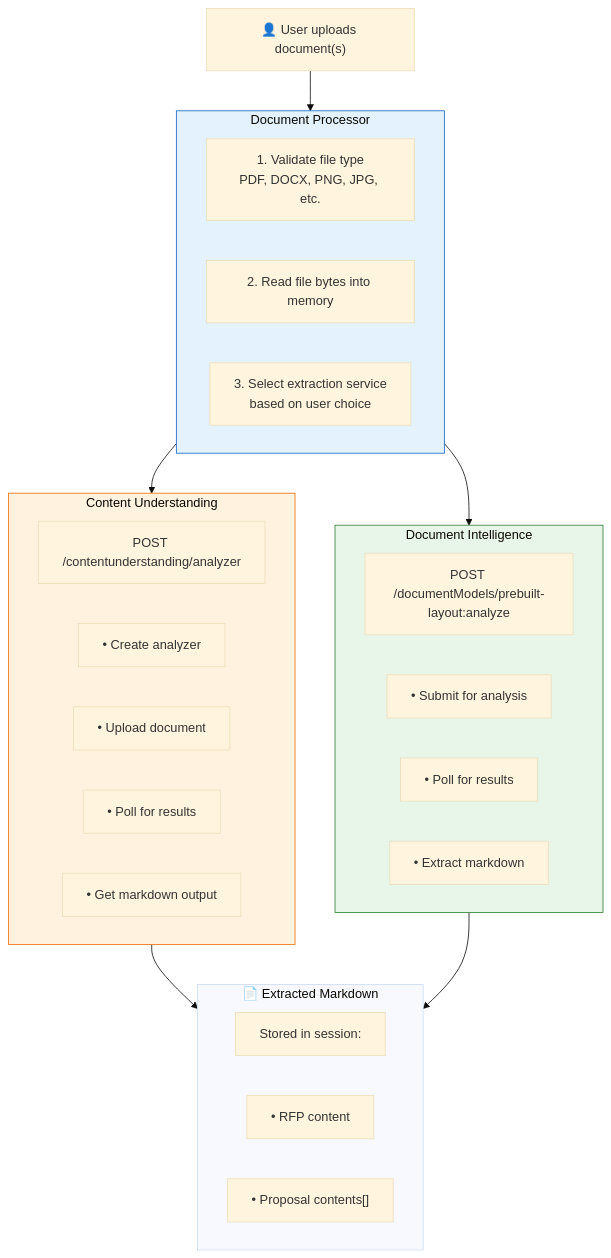
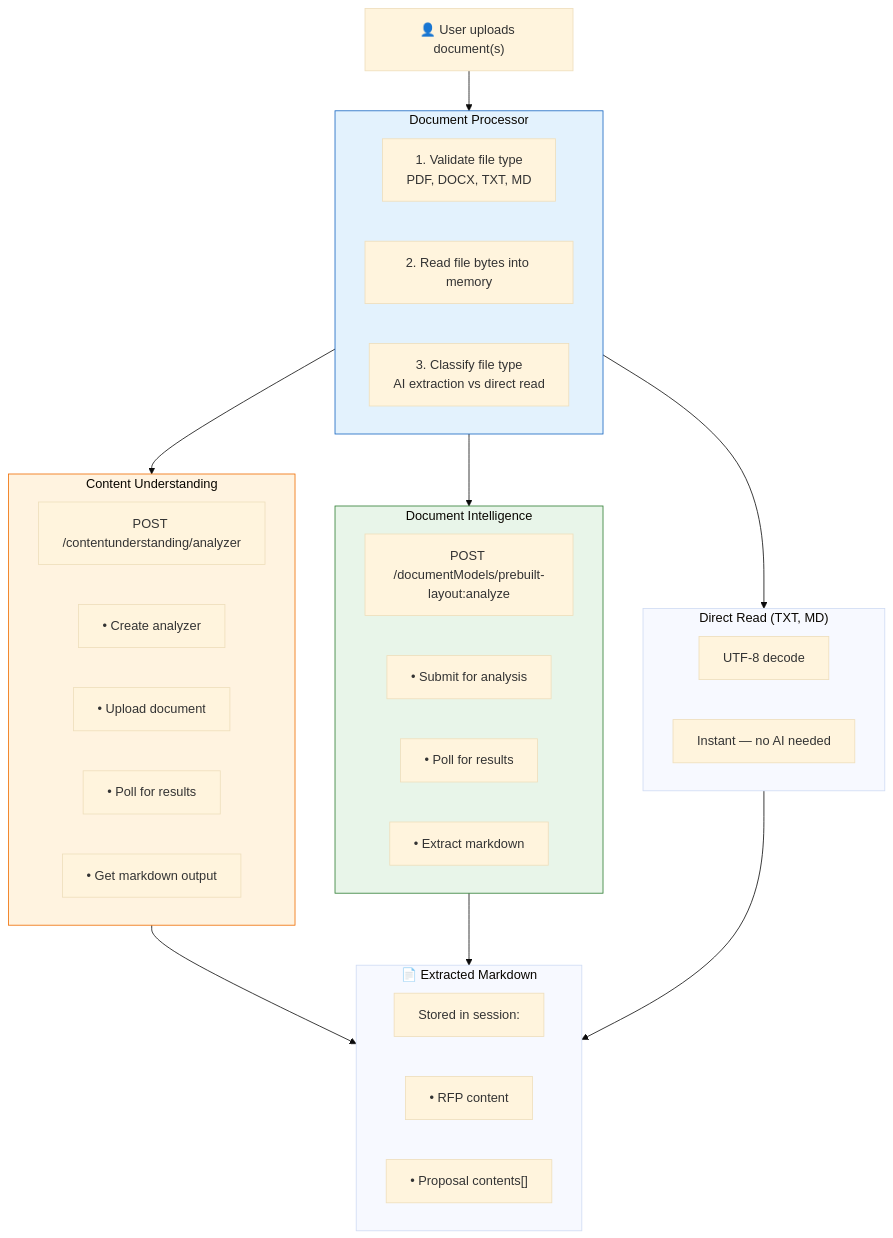
Before and after one commit to amgdy/rfp-analyzer: diagram 11 of 23 in docs/ARCHITECTURE.md, drawn with Mermaid (base theme). The commit also changed other lines of this file and 5 other files, not shown here.

First line of the commit message:
Fix step1_upload IndentationError, update .env.example, IaC, README, and ARCHITECTURE docs

````diff
--- a/docs/ARCHITECTURE.md
+++ b/docs/ARCHITECTURE.md
@@ -423,41 +425,46 @@
 ```mermaid
 flowchart TB
     Upload["👤 User uploads document(s)"]
     
     subgraph DocProc["Document Processor"]
-        V["1. Validate file type<br>PDF, DOCX, PNG, JPG, etc."]
+        V["1. Validate file type<br>PDF, DOCX, TXT, MD"]
         R["2. Read file bytes into memory"]
-        S["3. Select extraction service<br>based on user choice"]
+        S["3. Classify file type<br>AI extraction vs direct read"]
     end
     
     Upload --> DocProc
     
-    DocProc --> CU & DI
+    DocProc --> CU & DI & TextRead
+    
+    subgraph TextRead["Direct Read (TXT, MD)"]
+        TR1["UTF-8 decode"]
+        TR2["Instant — no AI needed"]
+    end
     
     subgraph CU["Content Understanding"]
         CU1["POST /contentunderstanding/analyzer"]
         CU2["• Create analyzer"]
         CU3["• Upload document"]
         CU4["• Poll for results"]
         CU5["• Get markdown output"]
     end
     
     subgraph DI["Document Intelligence"]
         DI1["POST /documentModels/prebuilt-layout:analyze"]
         DI2["• Submit for analysis"]
         DI3["• Poll for results"]
         DI4["• Extract markdown"]
     end
     
-    CU & DI --> Output
+    CU & DI & TextRead --> Output
     
     subgraph Output["📄 Extracted Markdown"]
         O1["Stored in session:"]
         O2["• RFP content"]
         O3["• Proposal contents[]"]
     end
     
     style DocProc fill:#e3f2fd,stroke:#1565c0
     style CU fill:#fff3e0,stroke:#ef6c00
     style DI fill:#e8f5e9,stroke:#2e7d32
 ```
````
